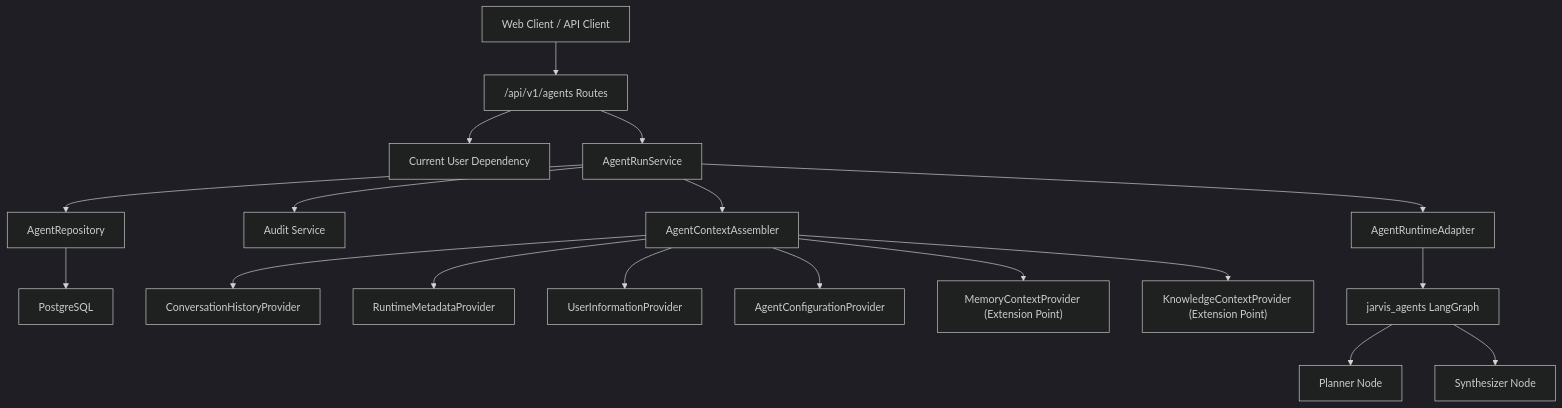
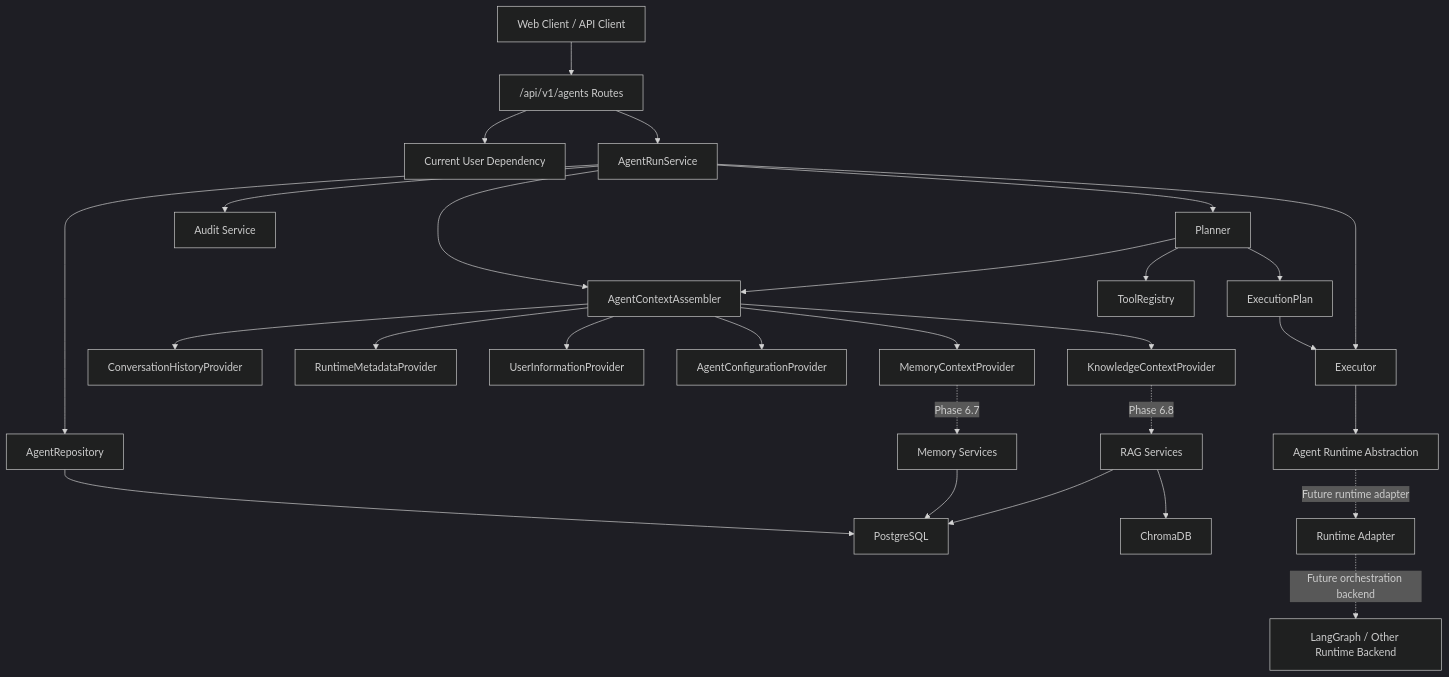
One commit to Rahul-curious/jarvis-ai-os changed the first of 4 diagrams in docs/phase-6-agent-framework.md. Above: the diagram before and after it, drawn with Mermaid (dark theme). The commit also changed other lines of this file, not shown here.

Commit message:
docs(agents): clarify framework-agnostic execution architecture

````diff
--- a/docs/phase-6-agent-framework.md
+++ b/docs/phase-6-agent-framework.md
@@ -82,25 +82,43 @@
 ```mermaid
 flowchart TB
     Client["Web Client / API Client"] --> AgentsAPI["/api/v1/agents Routes"]
     AgentsAPI --> Auth["Current User Dependency"]
     AgentsAPI --> AgentService["AgentRunService"]
 
     AgentService --> AgentRepo["AgentRepository"]
     AgentRepo --> Postgres["PostgreSQL"]
 
     AgentService --> Audit["Audit Service"]
+
     AgentService --> ContextAssembler["AgentContextAssembler"]
 
     ContextAssembler --> ConversationProvider["ConversationHistoryProvider"]
     ContextAssembler --> RuntimeProvider["RuntimeMetadataProvider"]
     ContextAssembler --> UserProvider["UserInformationProvider"]
     ContextAssembler --> ConfigProvider["AgentConfigurationProvider"]
-    ContextAssembler --> MemoryProvider["MemoryContextProvider (Extension Point)"]
-    ContextAssembler --> KnowledgeProvider["KnowledgeContextProvider (Extension Point)"]
 
-    AgentService --> RuntimeAdapter["AgentRuntimeAdapter"]
+    ContextAssembler --> MemoryProvider["MemoryContextProvider"]
+    ContextAssembler --> KnowledgeProvider["KnowledgeContextProvider"]
 
-    RuntimeAdapter --> LangGraph["jarvis_agents LangGraph"]
-    LangGraph --> Planner["Planner Node"]
-    LangGraph --> Synthesizer["Synthesizer Node"]
+    MemoryProvider -. "Phase 6.7" .-> MemoryServices["Memory Services"]
+    KnowledgeProvider -. "Phase 6.8" .-> RagServices["RAG Services"]
+
+    MemoryServices --> Postgres
+    RagServices --> Postgres
+    RagServices --> Chroma["ChromaDB"]
+
+    AgentService --> Planner["Planner"]
+
+    Planner --> ContextAssembler
+    Planner --> ToolRegistry["ToolRegistry"]
+    Planner --> ExecutionPlan["ExecutionPlan"]
+
+    ExecutionPlan --> Executor["Executor"]
+
+    AgentService --> Executor
+
+    Executor --> Runtime["Agent Runtime Abstraction"]
+
+    Runtime -. "Future runtime adapter" .-> RuntimeAdapter["Runtime Adapter"]
+    RuntimeAdapter -. "Future orchestration backend" .-> LangGraph["LangGraph / Other Runtime Backend"]
 ```
````
